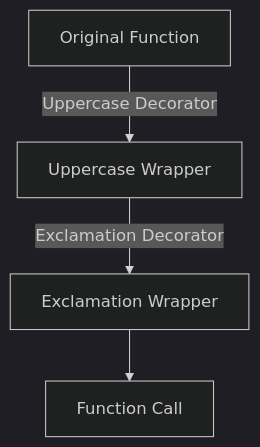
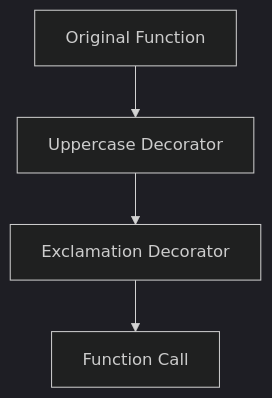
The tenth of 16 diagrams in content/post/2024/2024-10-17-python-decorator/index.md (42jerrykim/42jerrykim.github.io), drawn with Mermaid (dark theme) before and after one commit. The commit also changed other lines of this file and 239 other files, not shown here.

````diff
--- a/content/post/2024/2024-10-17-python-decorator/index.md
+++ b/content/post/2024/2024-10-17-python-decorator/index.md
@@ -654,6 +568,10 @@
 ```mermaid
-graph TD;
-    A[Original Function] -->|Uppercase Decorator| B[Uppercase Wrapper];
-    B -->|Exclamation Decorator| C[Exclamation Wrapper];
-    C --> D[Function Call];
+graph TD
+    OrigFunc["Original Function"]
+    UpperDec["Uppercase Decorator"]
+    ExclDec["Exclamation Decorator"]
+    FuncCall["Function Call"]
+    OrigFunc --> UpperDec
+    UpperDec --> ExclDec
+    ExclDec --> FuncCall
 ```
````
